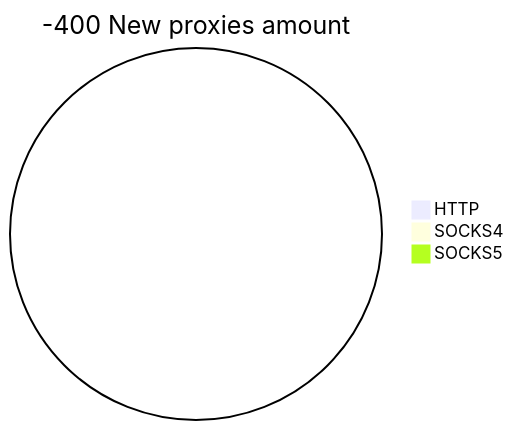
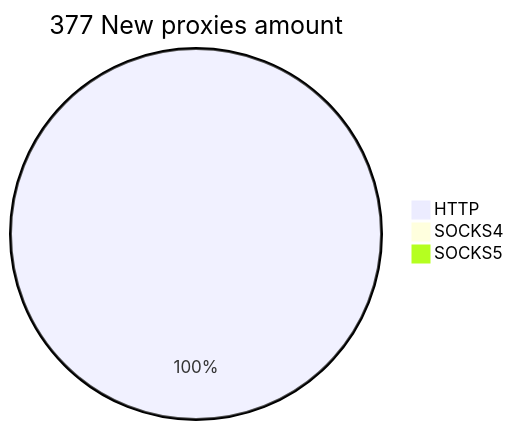
One commit to cutipu/proxylist changed the second of 2 diagrams in README.md. Above: the diagram before and after it, drawn with Mermaid. The commit also changed other lines of this file, not shown here.

````diff
--- a/README.md
+++ b/README.md
@@ -10,6 +10,6 @@
 ```mermaid
-pie title -400 New proxies amount
-    "HTTP" : 0
+pie title 377 New proxies amount
+    "HTTP" : 377
     "SOCKS4" : 0
     "SOCKS5" : 0
 ```
````
